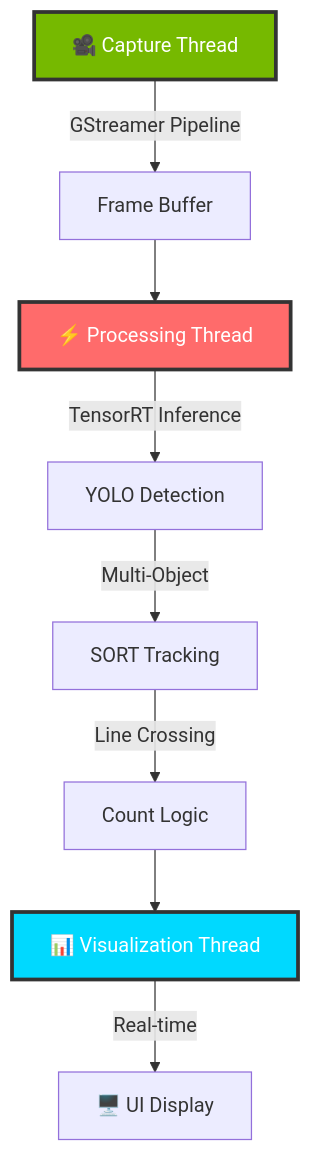
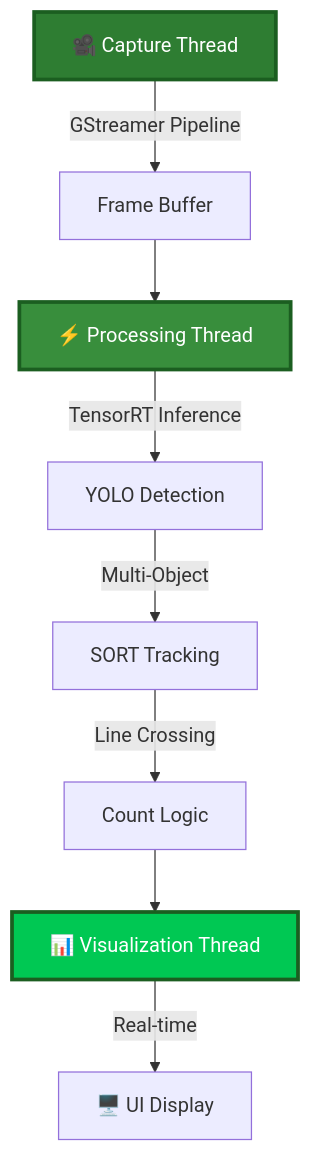
The diagram in README.md (ANDFS2411x/portal-inteligente-personas), drawn with Mermaid before and after one commit. The commit also changed other lines of this file, not shown here.

````diff
--- a/README.md
+++ b/README.md
@@ -127,14 +127,14 @@
 ```mermaid
 graph TD
     A[🎥 Capture Thread] -->|GStreamer Pipeline| B[Frame Buffer]
     B --> C[⚡ Processing Thread]
     C -->|TensorRT Inference| D[YOLO Detection]
     D -->|Multi-Object| E[SORT Tracking]
     E -->|Line Crossing| F[Count Logic]
     F --> G[📊 Visualization Thread]
     G -->|Real-time| H[🖥️ UI Display]
     
-    style A fill:#76B900,stroke:#333,stroke-width:3px,color:#fff
-    style C fill:#FF6B6B,stroke:#333,stroke-width:3px,color:#fff
-    style G fill:#00D9FF,stroke:#333,stroke-width:3px,color:#fff
+    style A fill:#2E7D32,stroke:#1B5E20,stroke-width:3px,color:#fff
+    style C fill:#388E3C,stroke:#1B5E20,stroke-width:3px,color:#fff
+    style G fill:#00C853,stroke:#1B5E20,stroke-width:3px,color:#fff
 ```
````
